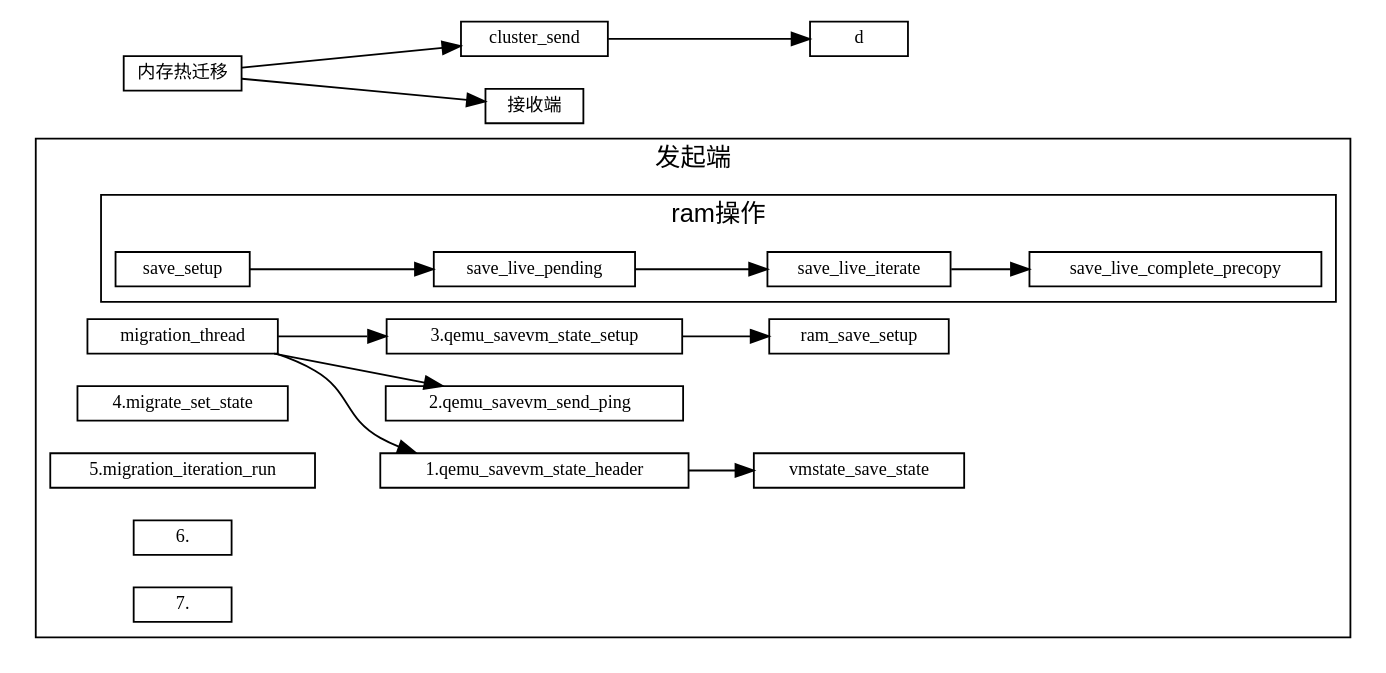
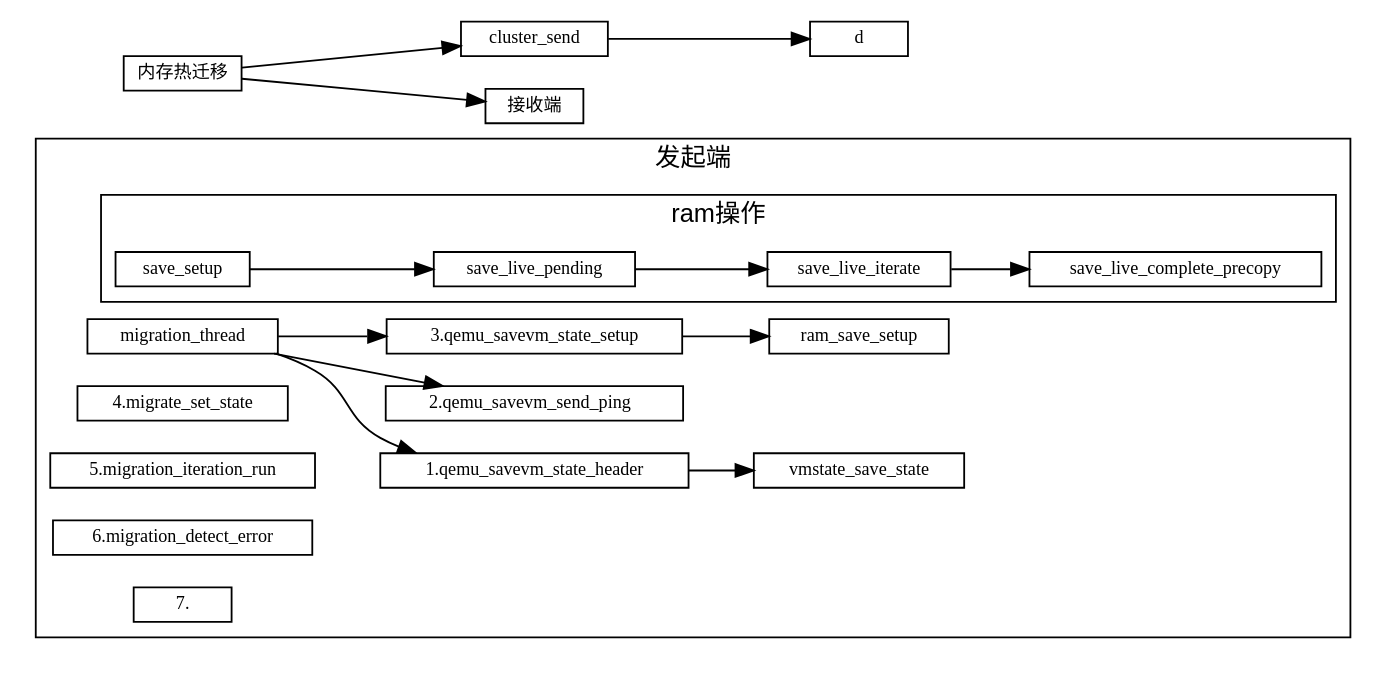
Before and after one commit to sisyphus1212/note: the diagram in 虚拟化/热迁移/1-内存热迁移.md, drawn with Graphviz.

Commit message:
auto_update

````diff
--- a/虚拟化/热迁移/1-内存热迁移.md
+++ b/虚拟化/热迁移/1-内存热迁移.md
@@ -11,38 +11,38 @@
 ```graphviz
 digraph 热迁移 {
 fontname="Helvetica,Arial,sans-serif"
 //node [fontname="Helvetica,Arial,sans-serif"]
 //edge [fontname="Helvetica,Arial,sans-serif"]
 rankdir="LR"
 node [fontsize=10, shape=box, height=0.25]
 edge [fontsize=10]
 
   subgraph send {
     cluster=true;
     label="发起端";
     migration_thread -> "1.qemu_savevm_state_header" -> vmstate_save_state;
     migration_thread -> "2.qemu_savevm_send_ping  ";
     migration_thread -> "3.qemu_savevm_state_setup" ->
                         ram_save_setup;
                         "4.migrate_set_state";
                         "5.migration_iteration_run";
-                        "6.";
+                        "6.migration_detect_error";
                         "7.";
 
     subgraph ram_opts {
       cluster=true;
       label="ram操作";
       save_setup ->
       save_live_pending ->
       save_live_iterate ->
       save_live_complete_precopy;
     }
   }
 
 内存热迁移 [label="内存热迁移"]
 内存热迁移 -> cluster_send
            -> d
 
 内存热迁移 -> 接收端
 }
 ```
````
